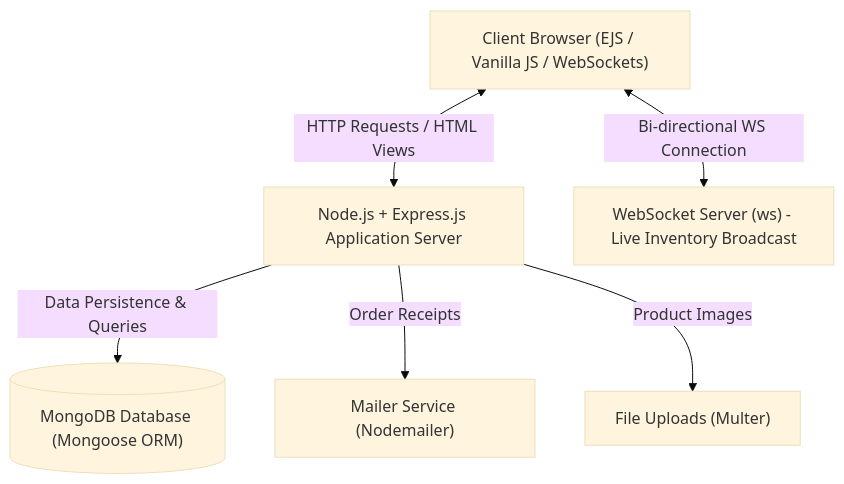
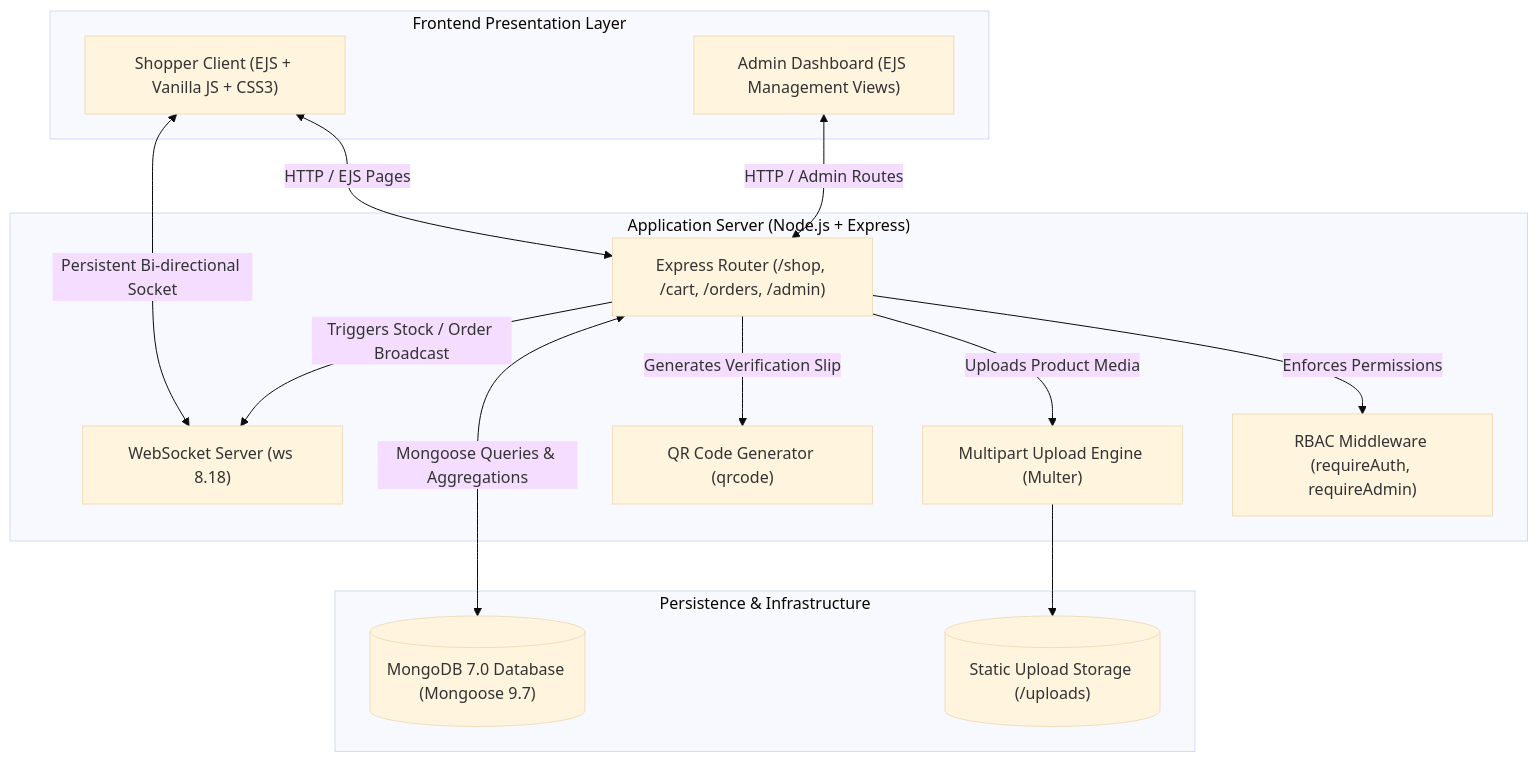
Before and after one commit to Zafff-e/TechNova-RealTime-Hardware-Ecommerce: the diagram in README.md, drawn with Mermaid (base theme). The commit also changed other lines of this file and 5 other files, not shown here.

````diff
--- a/README.md
+++ b/README.md
@@ -28,15 +67,29 @@
 ```mermaid
 graph TD
-    Client["Client Browser (EJS / Vanilla JS / WebSockets)"]
-    Server["Node.js + Express.js Application Server"]
-    WS["WebSocket Server (ws) - Live Inventory Broadcast"]
-    DB[("MongoDB Database (Mongoose ORM)")]
-    Mail["Mailer Service (Nodemailer)"]
-    Storage["File Uploads (Multer)"]
+    subgraph ClientLayer["Frontend Presentation Layer"]
+        Browser["Shopper Client (EJS + Vanilla JS + CSS3)"]
+        AdminUI["Admin Dashboard (EJS Management Views)"]
+    end
 
-    Client <-->|"HTTP Requests / HTML Views"| Server
-    Client <-->|"Bi-directional WS Connection"| WS
-    Server -->|"Data Persistence & Queries"| DB
-    Server -->|"Order Receipts"| Mail
-    Server -->|"Product Images"| Storage
+    subgraph ServerLayer["Application Server (Node.js + Express)"]
+        Router["Express Router (/shop, /cart, /orders, /admin)"]
+        AuthMiddleware["RBAC Middleware (requireAuth, requireAdmin)"]
+        WSServer["WebSocket Server (ws 8.18)"]
+        MulterEngine["Multipart Upload Engine (Multer)"]
+        QRUtility["QR Code Generator (qrcode)"]
+    end
+
+    subgraph DataLayer["Persistence & Infrastructure"]
+        MongoDB[("MongoDB 7.0 Database (Mongoose 9.7)")]
+        DiskStorage[("Static Upload Storage (/uploads)")]
+    end
+
+    Browser <-->|"HTTP / EJS Pages"| Router
+    AdminUI <-->|"HTTP / Admin Routes"| Router
+    Browser <-->|"Persistent Bi-directional Socket"| WSServer
+    Router -->|"Enforces Permissions"| AuthMiddleware
+    Router -->|"Uploads Product Media"| MulterEngine --> DiskStorage
+    Router -->|"Generates Verification Slip"| QRUtility
+    Router <-->|"Mongoose Queries & Aggregations"| MongoDB
+    Router -->|"Triggers Stock / Order Broadcast"| WSServer
 ```
````
